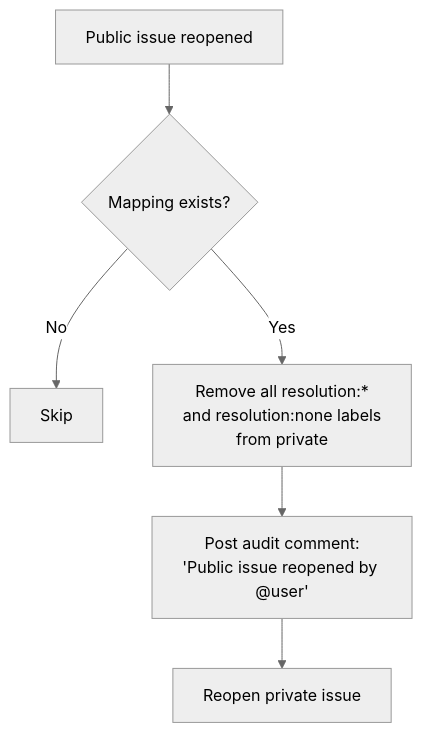
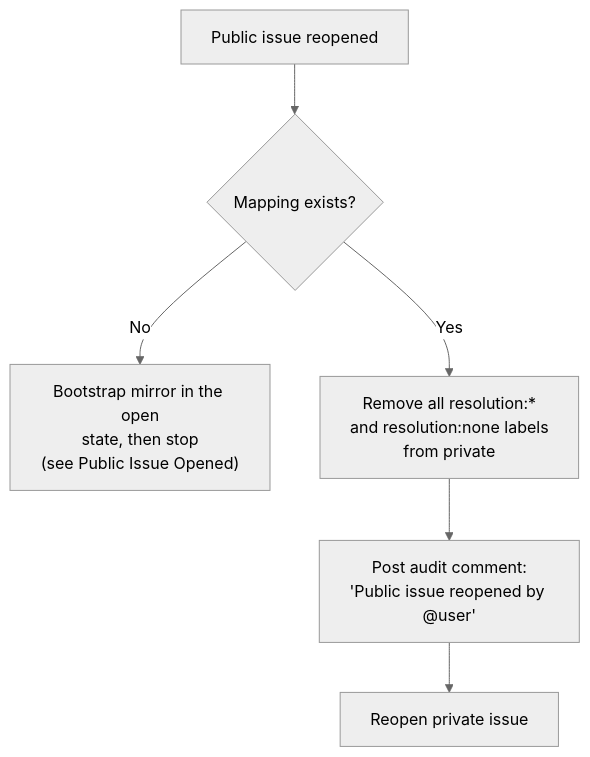
One commit to Magma-Maths/lyrebird changed the fifth of 16 diagrams in FLOWS.md. Above: the diagram before and after it, drawn with Mermaid (neutral theme). The commit also changed other lines of this file, not shown here.

First line of the commit message:
docs(flows): match the public-event diagrams to the real call graph

````diff
--- a/FLOWS.md
+++ b/FLOWS.md
@@ -73,8 +75,8 @@
 ```mermaid
 flowchart TD
     A["Public issue reopened"] --> B{"Mapping exists?"}
-    B -- No --> Z["Skip"]
+    B -- No --> Z["Bootstrap mirror in the open<br/>state, then stop<br/>(see Public Issue Opened)"]
     B -- Yes --> C["Remove all resolution:*<br/>and resolution:none labels<br/>from private"]
     C --> D["Post audit comment:<br/>'Public issue reopened by @user'"]
     D --> E["Reopen private issue"]
 ```
````
